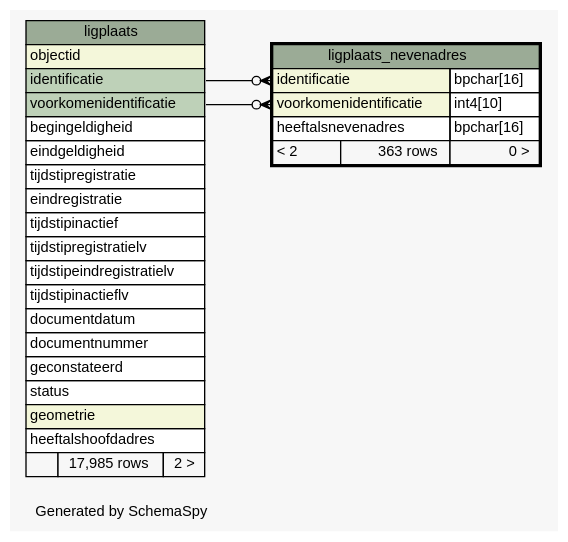
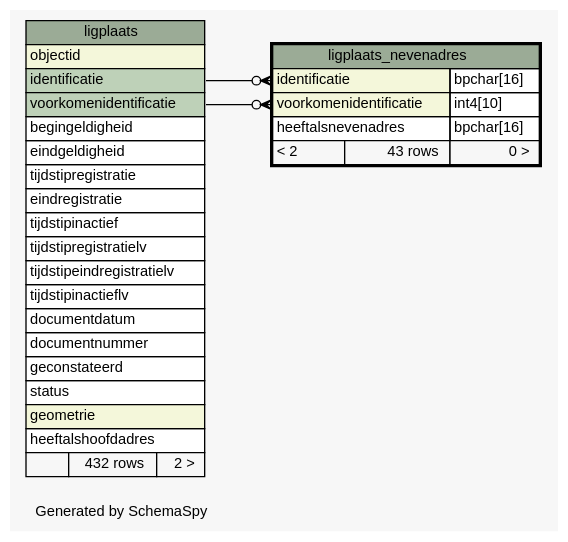
One commit to B3Partners/brmo changed the diagram in datamodel/schemaspy/bag/diagrams/ligplaats_nevenadres.1degree.dot. Above: the diagram before and after it, drawn with Graphviz. The commit also changed 36333 other files, not shown here.

```diff
--- a/datamodel/schemaspy/bag/diagrams/ligplaats_nevenadres.1degree.dot
+++ b/datamodel/schemaspy/bag/diagrams/ligplaats_nevenadres.1degree.dot
@@ -1,62 +1,62 @@
-// dot 2.43.0 on Linux 5.15.0-58-generic
+// dot 2.43.0 on Linux 5.19.0-46-generic
 // SchemaSpy rev Unknown
 digraph "oneDegreeRelationshipsDiagram" {
   graph [
     rankdir="RL"
     bgcolor="#f7f7f7"
     label="\nGenerated by SchemaSpy"
     labeljust="l"
     nodesep="0.18"
     ranksep="0.46"
     fontname="Helvetica"
     fontsize="11"
   ];
   node [
     fontname="Helvetica"
     fontsize="11"
     shape="plaintext"
   ];
   edge [
     arrowsize="0.8"
   ];
   "ligplaats_nevenadres":"identificatie":w -> "ligplaats":"identificatie":e [arrowhead=none dir=back arrowtail=crowodot];
   "ligplaats_nevenadres":"voorkomenidentificatie":w -> "ligplaats":"voorkomenidentificatie":e [arrowhead=none dir=back arrowtail=crowodot];
   "ligplaats" [
     label=<
     <TABLE BORDER="0" CELLBORDER="1" CELLSPACING="0" BGCOLOR="#ffffff">
       <TR><TD COLSPAN="3" BGCOLOR="#9bab96" ALIGN="CENTER">ligplaats</TD></TR>
       <TR><TD PORT="objectid" COLSPAN="3" BGCOLOR="#f4f7da" ALIGN="LEFT">objectid</TD></TR>
       <TR><TD PORT="identificatie" COLSPAN="3" BGCOLOR="#bed1b8" ALIGN="LEFT">identificatie</TD></TR>
       <TR><TD PORT="voorkomenidentificatie" COLSPAN="3" BGCOLOR="#bed1b8" ALIGN="LEFT">voorkomenidentificatie</TD></TR>
       <TR><TD PORT="begingeldigheid" COLSPAN="3" ALIGN="LEFT">begingeldigheid</TD></TR>
       <TR><TD PORT="eindgeldigheid" COLSPAN="3" ALIGN="LEFT">eindgeldigheid</TD></TR>
       <TR><TD PORT="tijdstipregistratie" COLSPAN="3" ALIGN="LEFT">tijdstipregistratie</TD></TR>
       <TR><TD PORT="eindregistratie" COLSPAN="3" ALIGN="LEFT">eindregistratie</TD></TR>
       <TR><TD PORT="tijdstipinactief" COLSPAN="3" ALIGN="LEFT">tijdstipinactief</TD></TR>
       <TR><TD PORT="tijdstipregistratielv" COLSPAN="3" ALIGN="LEFT">tijdstipregistratielv</TD></TR>
       <TR><TD PORT="tijdstipeindregistratielv" COLSPAN="3" ALIGN="LEFT">tijdstipeindregistratielv</TD></TR>
       <TR><TD PORT="tijdstipinactieflv" COLSPAN="3" ALIGN="LEFT">tijdstipinactieflv</TD></TR>
       <TR><TD PORT="documentdatum" COLSPAN="3" ALIGN="LEFT">documentdatum</TD></TR>
       <TR><TD PORT="documentnummer" COLSPAN="3" ALIGN="LEFT">documentnummer</TD></TR>
       <TR><TD PORT="geconstateerd" COLSPAN="3" ALIGN="LEFT">geconstateerd</TD></TR>
       <TR><TD PORT="status" COLSPAN="3" ALIGN="LEFT">status</TD></TR>
       <TR><TD PORT="geometrie" COLSPAN="3" BGCOLOR="#f4f7da" ALIGN="LEFT">geometrie</TD></TR>
       <TR><TD PORT="heeftalshoofdadres" COLSPAN="3" ALIGN="LEFT">heeftalshoofdadres</TD></TR>
-      <TR><TD ALIGN="LEFT" BGCOLOR="#f7f7f7">  </TD><TD ALIGN="RIGHT" BGCOLOR="#f7f7f7">17,985 rows</TD><TD ALIGN="RIGHT" BGCOLOR="#f7f7f7">2 &gt;</TD></TR>
+      <TR><TD ALIGN="LEFT" BGCOLOR="#f7f7f7">  </TD><TD ALIGN="RIGHT" BGCOLOR="#f7f7f7">432 rows</TD><TD ALIGN="RIGHT" BGCOLOR="#f7f7f7">2 &gt;</TD></TR>
     </TABLE>>
     URL="ligplaats.html"
     tooltip="ligplaats"
   ];
   "ligplaats_nevenadres" [
     label=<
     <TABLE BORDER="2" CELLBORDER="1" CELLSPACING="0" BGCOLOR="#ffffff">
       <TR><TD COLSPAN="3" BGCOLOR="#9bab96" ALIGN="CENTER">ligplaats_nevenadres</TD></TR>
       <TR><TD PORT="identificatie" COLSPAN="2" BGCOLOR="#f4f7da" ALIGN="LEFT">identificatie</TD><TD PORT="identificatie.type" ALIGN="LEFT">bpchar[16]</TD></TR>
       <TR><TD PORT="voorkomenidentificatie" COLSPAN="2" BGCOLOR="#f4f7da" ALIGN="LEFT">voorkomenidentificatie</TD><TD PORT="voorkomenidentificatie.type" ALIGN="LEFT">int4[10]</TD></TR>
       <TR><TD PORT="heeftalsnevenadres" COLSPAN="2" ALIGN="LEFT">heeftalsnevenadres</TD><TD PORT="heeftalsnevenadres.type" ALIGN="LEFT">bpchar[16]</TD></TR>
-      <TR><TD ALIGN="LEFT" BGCOLOR="#f7f7f7">&lt; 2</TD><TD ALIGN="RIGHT" BGCOLOR="#f7f7f7">363 rows</TD><TD ALIGN="RIGHT" BGCOLOR="#f7f7f7">0 &gt;</TD></TR>
+      <TR><TD ALIGN="LEFT" BGCOLOR="#f7f7f7">&lt; 2</TD><TD ALIGN="RIGHT" BGCOLOR="#f7f7f7">43 rows</TD><TD ALIGN="RIGHT" BGCOLOR="#f7f7f7">0 &gt;</TD></TR>
     </TABLE>>
     URL="ligplaats_nevenadres.html"
     tooltip="ligplaats_nevenadres"
   ];
 }
```
